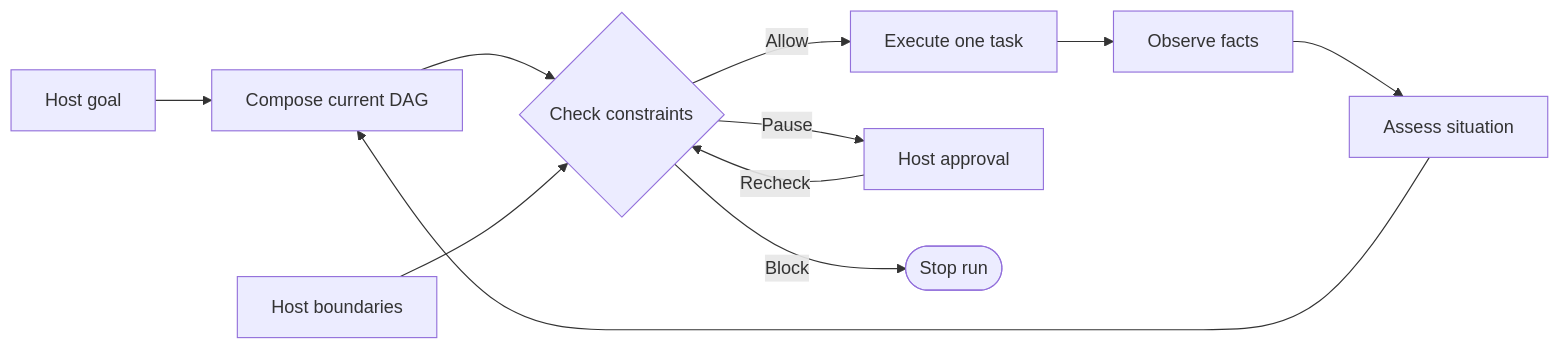
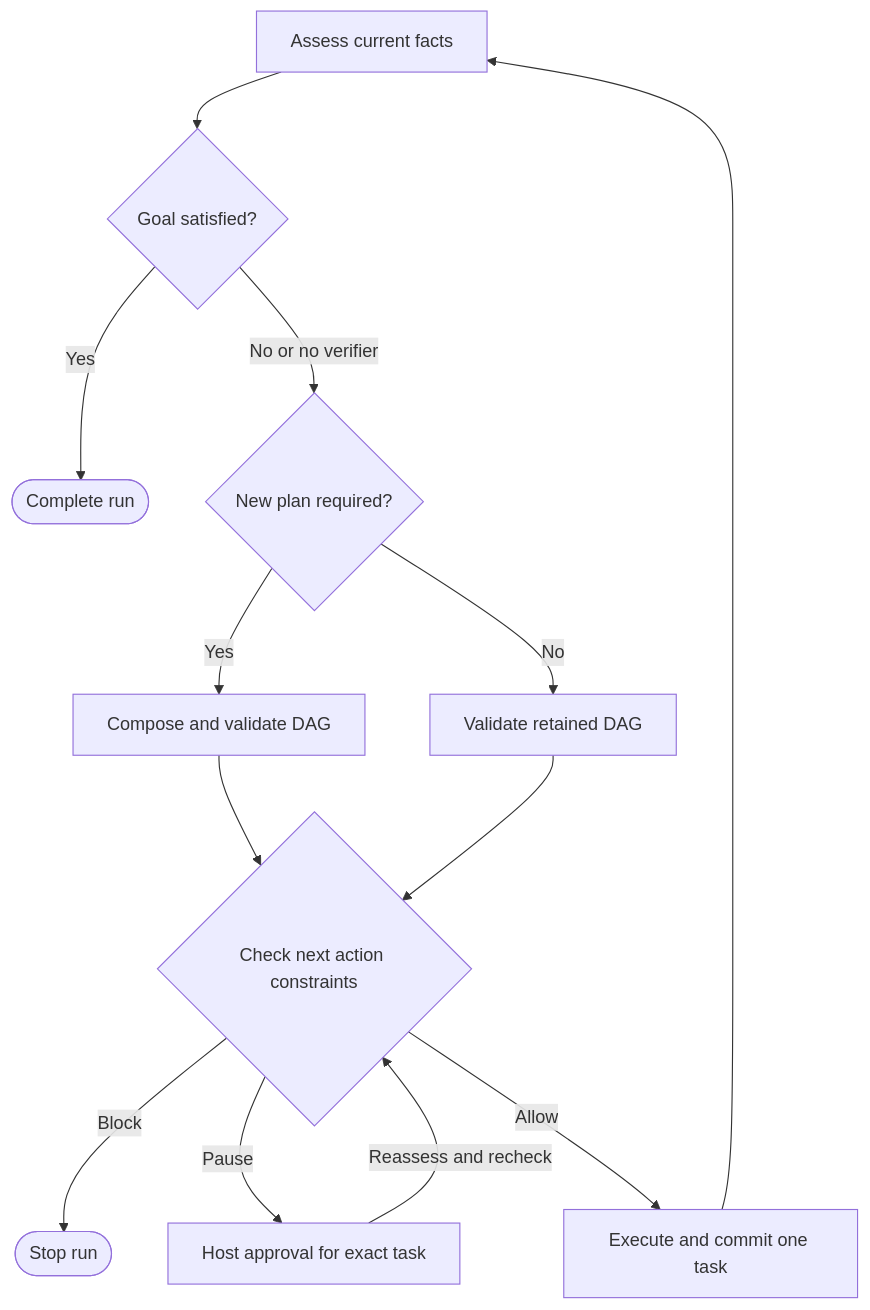
One commit to kai6589c-svg/DAOGraph changed the diagram in README.md. Above: the diagram before and after it, drawn with Mermaid. The commit also changed other lines of this file and 75 other files, not shown here.

````diff
--- a/README.md
+++ b/README.md
@@ -115,16 +201,18 @@
 ```mermaid
-flowchart LR
+flowchart TD
     accTitle: DAOGraph adaptive control loop
-    accDescr: Host-defined goals and constraints govern a loop that assesses facts, composes a transient DAG, checks one action, executes it, and observes feedback.
+    accDescr: Host-defined goal verification and adaptation guide transient plans. Every action passes execution constraints before it commits a state update.
 
-    goal["Host goal"] --> plan["Compose current DAG"]
-    facts["Observe facts"] --> situation["Assess situation"]
-    situation --> plan
-    plan --> gate{"Check constraints"}
-    constraints["Host boundaries"] --> gate
-    gate -->|Allow| action["Execute one task"]
-    gate -->|Pause| approval["Host approval"]
-    approval -->|Recheck| gate
+    assess["Assess current facts"] --> verify{"Goal satisfied?"}
+    verify -->|Yes| complete(["Complete run"])
+    verify -->|No or no verifier| adapt{"New plan required?"}
+    adapt -->|Yes| compose["Compose and validate DAG"]
+    adapt -->|No| reuse["Validate retained DAG"]
+    compose --> gate{"Check next action constraints"}
+    reuse --> gate
+    gate -->|Allow| execute["Execute and commit one task"]
+    gate -->|Pause| approval["Host approval for exact task"]
+    approval -->|Reassess and recheck| gate
     gate -->|Block| stop(["Stop run"])
-    action --> facts
+    execute --> assess
 ```
````
